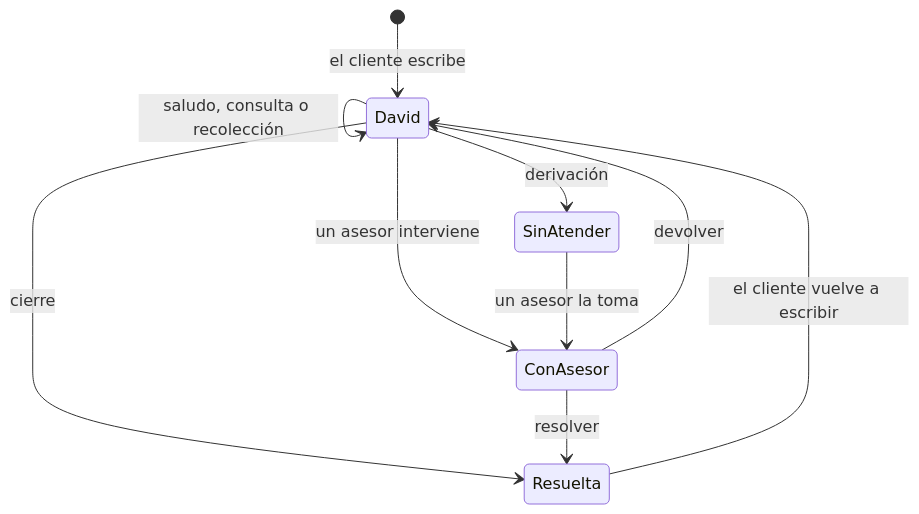
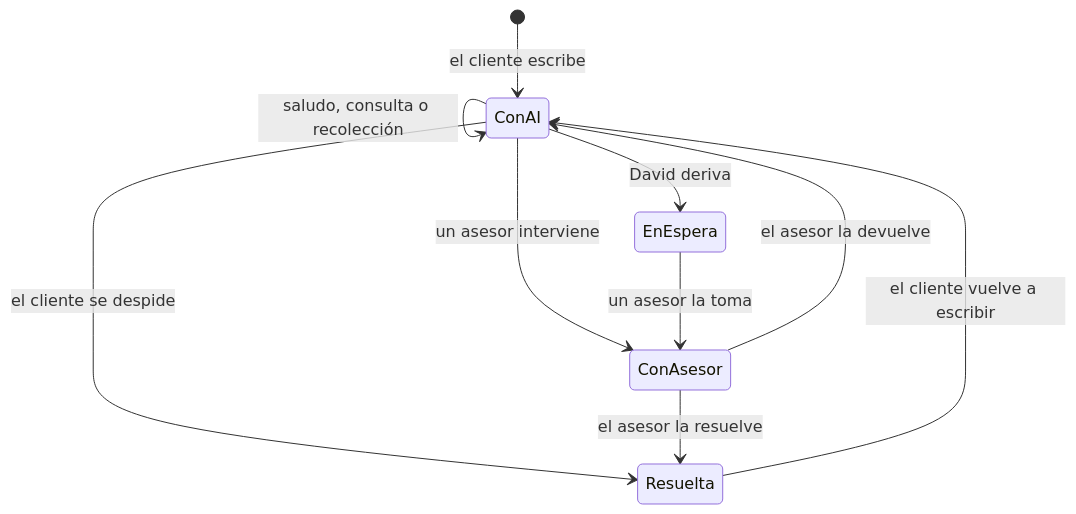
Before and after one commit to pqbas/factored-hackathon-2026-zenit: the third of 3 diagrams in docs/flujo-atencion.md, drawn with Mermaid. The commit also changed other lines of this file, not shown here.

Commit message:
Four conversation states: Con AI, En espera, Con asesor, Resuelta

````diff
--- a/docs/flujo-atencion.md
+++ b/docs/flujo-atencion.md
@@ -391,12 +394,12 @@
 ```mermaid
 stateDiagram-v2
-    [*] --> David: el cliente escribe
-    David --> David: saludo, consulta o recolección
-    David --> Resuelta: cierre
-    David --> SinAtender: derivación
-    David --> ConAsesor: un asesor interviene
-    SinAtender --> ConAsesor: un asesor la toma
-    ConAsesor --> David: devolver
-    ConAsesor --> Resuelta: resolver
-    Resuelta --> David: el cliente vuelve a escribir
+    [*] --> ConAI: el cliente escribe
+    ConAI --> ConAI: saludo, consulta o recolección
+    ConAI --> EnEspera: David deriva
+    ConAI --> ConAsesor: un asesor interviene
+    ConAI --> Resuelta: el cliente se despide
+    EnEspera --> ConAsesor: un asesor la toma
+    ConAsesor --> ConAI: el asesor la devuelve
+    ConAsesor --> Resuelta: el asesor la resuelve
+    Resuelta --> ConAI: el cliente vuelve a escribir
 ```
````
